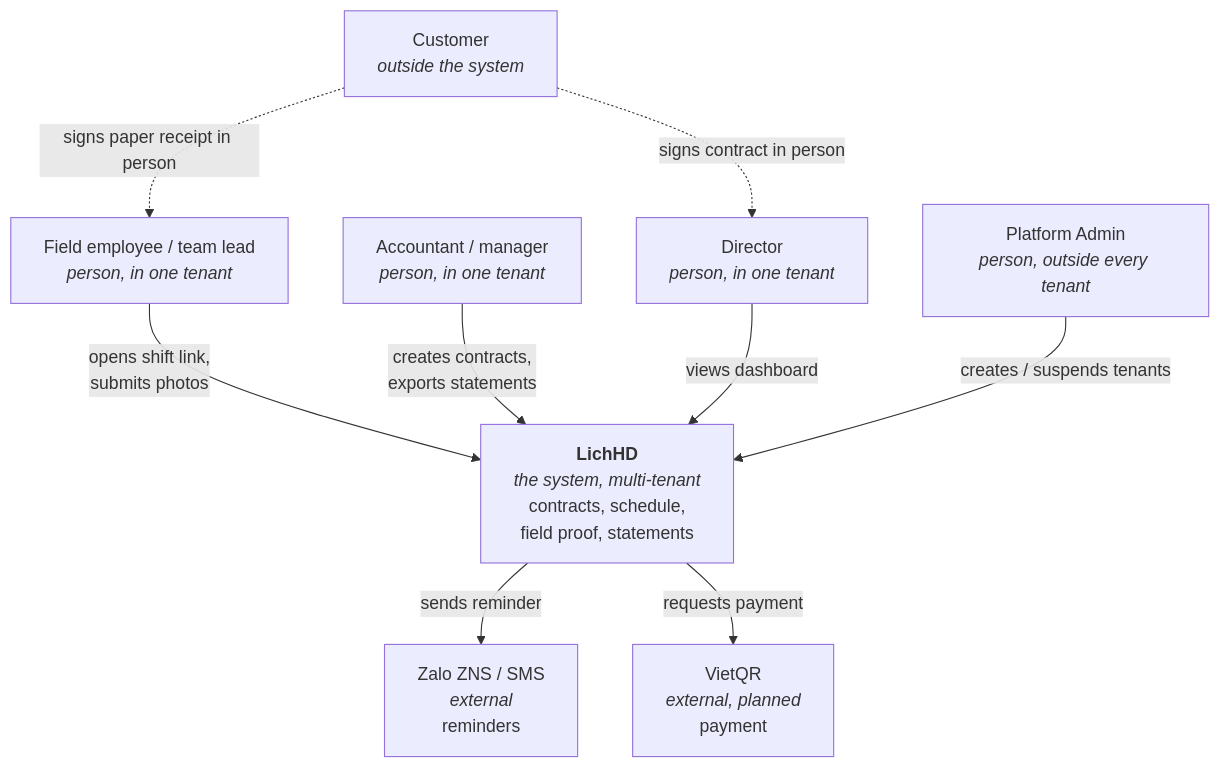
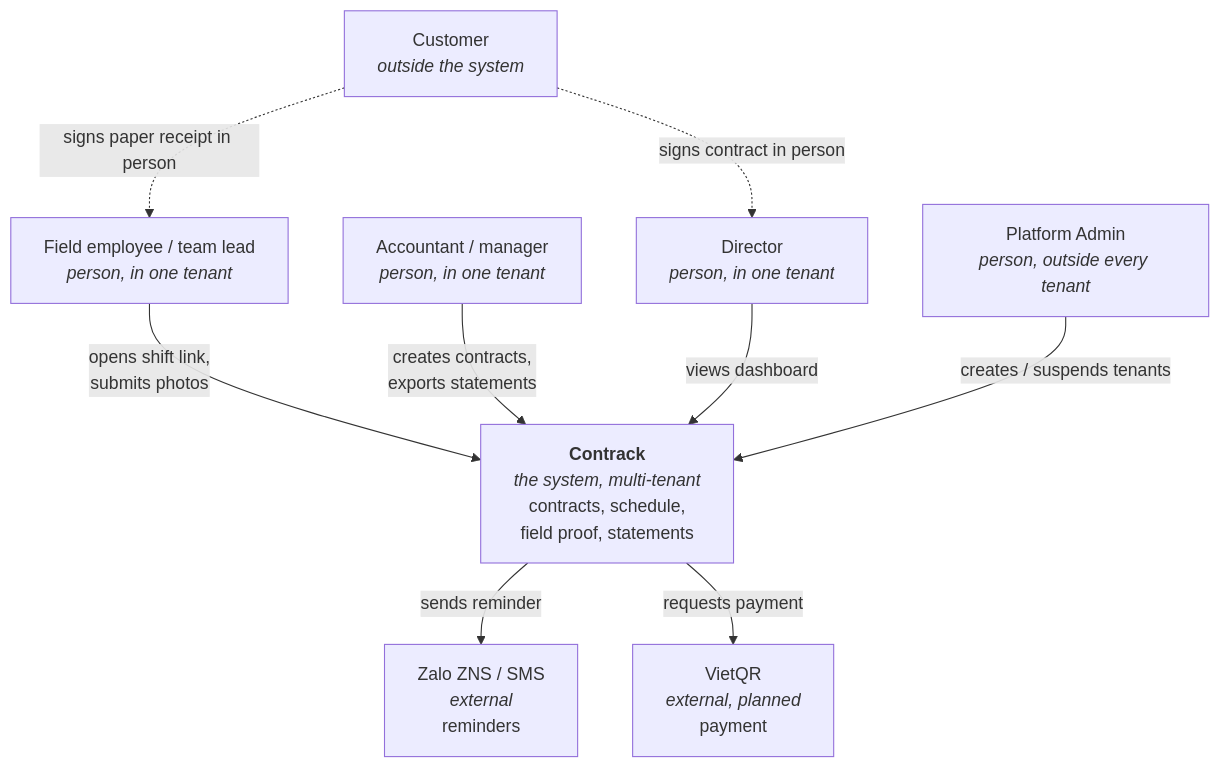
One commit to dDxCg/contrack changed the second of 8 diagrams in README.md. Above: the diagram before and after it, drawn with Mermaid. The commit also changed other lines of this file and 33 other files, not shown here.

````diff
--- a/README.md
+++ b/README.md
@@ -100,23 +105,23 @@
 ```mermaid
 flowchart TB
     customer["Customer<br/><i>outside the system</i>"]
     employee["Field employee / team lead<br/><i>person, in one tenant</i>"]
     accountant["Accountant / manager<br/><i>person, in one tenant</i>"]
     director["Director<br/><i>person, in one tenant</i>"]
     platformadmin["Platform Admin<br/><i>person, outside every tenant</i>"]
 
-    lichhd["<b>LichHD</b><br/><i>the system, multi-tenant</i><br/>contracts, schedule,<br/>field proof, statements"]
+    contrack["<b>Contrack</b><br/><i>the system, multi-tenant</i><br/>contracts, schedule,<br/>field proof, statements"]
 
     zalo["Zalo ZNS / SMS<br/><i>external</i><br/>reminders"]
     vietqr["VietQR<br/><i>external, planned</i><br/>payment"]
 
     customer -.->|"signs contract in person"| director
     customer -.->|"signs paper receipt in person"| employee
-    employee -->|"opens shift link,<br/>submits photos"| lichhd
-    accountant -->|"creates contracts,<br/>exports statements"| lichhd
-    director -->|"views dashboard"| lichhd
-    platformadmin -->|"creates / suspends tenants"| lichhd
+    employee -->|"opens shift link,<br/>submits photos"| contrack
+    accountant -->|"creates contracts,<br/>exports statements"| contrack
+    director -->|"views dashboard"| contrack
+    platformadmin -->|"creates / suspends tenants"| contrack
 
-    lichhd -->|"sends reminder"| zalo
-    lichhd -->|"requests payment"| vietqr
+    contrack -->|"sends reminder"| zalo
+    contrack -->|"requests payment"| vietqr
 ```
````
